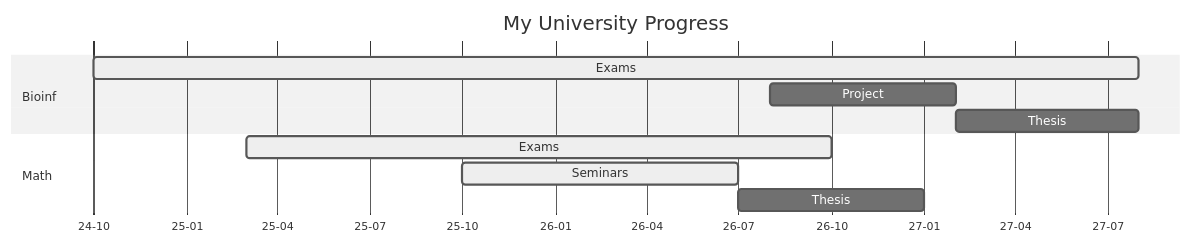
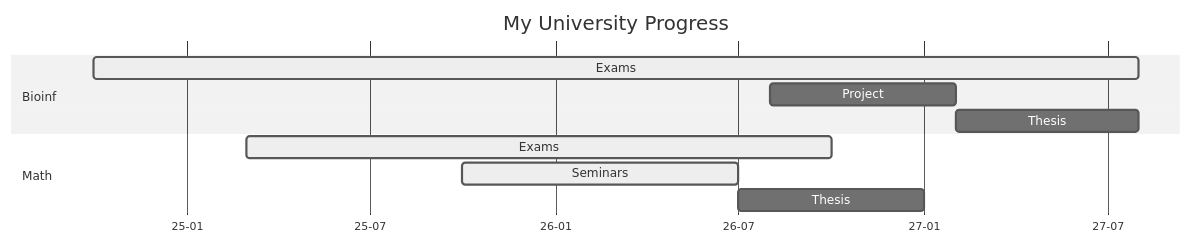
One commit to Bg-Ch-git/bg-ch-git.github.io changed the first of 3 diagrams in _posts/2026-05-02-educational-jorney-in-vienna.md. Above: the diagram before and after it, drawn with Mermaid (neutral theme).

Commit message:
docs: gantt timestep fix

````diff
--- a/_posts/2026-05-02-educational-jorney-in-vienna.md
+++ b/_posts/2026-05-02-educational-jorney-in-vienna.md
@@ -88,16 +88,17 @@
 ```mermaid
 gantt
     title My University Progress
     dateFormat  YY-MM
     axisFormat %y-%m
+    tickInterval 6month
 
     section Bioinf
     Exams   : active, bio1, 24-10, 34M
     Project           : bio2, 26-08, 6M
     Thesis            : after bio2, 6M
 
     section Math
     Exams   : active, math1, 25-03, 19M
     Seminars : active, math2, 25-10, 9M
     Thesis            : after math2, 6M
 ```
````
